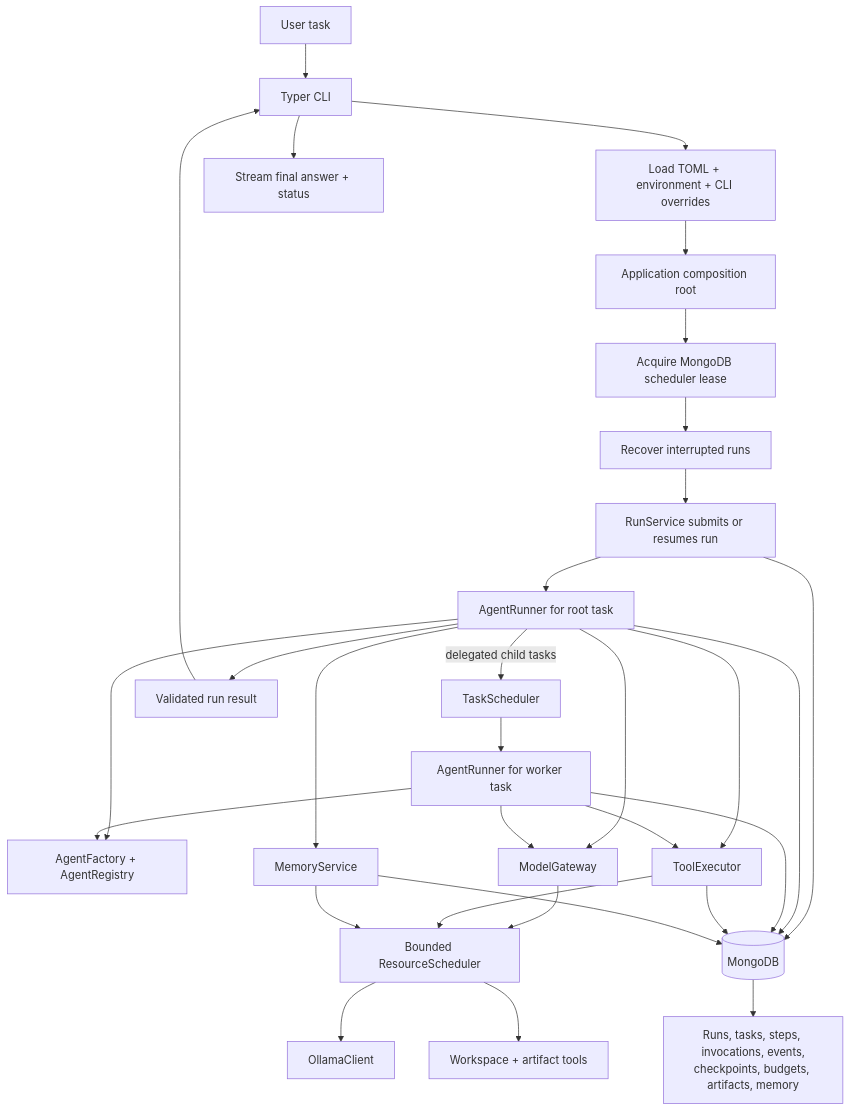
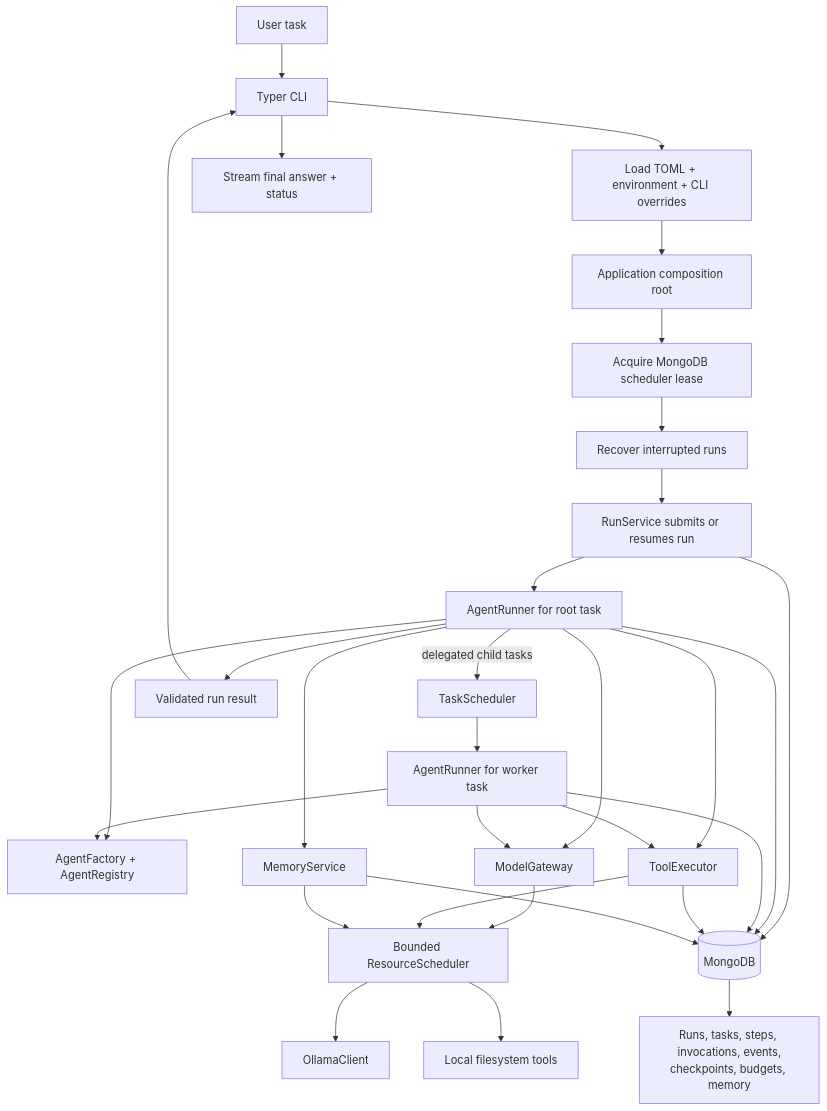
Before and after one commit to debnathdhruba/AISO_HARNESS: the first of 5 diagrams in flowchart.md, drawn with Mermaid. The commit also changed other lines of this file and 80 other files, not shown here.

````diff
--- a/flowchart.md
+++ b/flowchart.md
@@ -8,36 +8,36 @@
 ```mermaid
 flowchart TD
     U[User task] --> CLI[Typer CLI]
     CLI --> CFG[Load TOML + environment + CLI overrides]
     CFG --> APP[Application composition root]
 
     APP --> OWN[Acquire MongoDB scheduler lease]
     OWN --> REC[Recover interrupted runs]
     REC --> RUNS[RunService submits or resumes run]
     RUNS --> STORE[(MongoDB)]
     RUNS --> RUNNER[AgentRunner for root task]
     RUNNER -->|delegated child tasks| SCHED[TaskScheduler]
     SCHED --> CHILD_RUNNER[AgentRunner for worker task]
 
     RUNNER --> FACTORY[AgentFactory + AgentRegistry]
     CHILD_RUNNER --> FACTORY
     RUNNER --> MODEL_GATEWAY[ModelGateway]
     CHILD_RUNNER --> MODEL_GATEWAY
     RUNNER --> TOOL_EXEC[ToolExecutor]
     CHILD_RUNNER --> TOOL_EXEC
     RUNNER --> MEMORY[MemoryService]
     MODEL_GATEWAY --> LIMITS[Bounded ResourceScheduler]
     TOOL_EXEC --> LIMITS
     MEMORY --> LIMITS
     LIMITS --> OLLAMA[OllamaClient]
-    LIMITS --> LOCAL_TOOLS[Workspace + artifact tools]
+    LIMITS --> LOCAL_TOOLS[Local filesystem tools]
 
     RUNNER --> STORE
     CHILD_RUNNER --> STORE
     TOOL_EXEC --> STORE
     MEMORY --> STORE
-    STORE --> DATA[Runs, tasks, steps, invocations, events,<br/>checkpoints, budgets, artifacts, memory]
+    STORE --> DATA[Runs, tasks, steps, invocations, events,<br/>checkpoints, budgets, memory]
     RUNNER --> RESULT[Validated run result]
     RESULT --> CLI
     CLI --> USER_OUT[Stream final answer + status]
 ```
````
